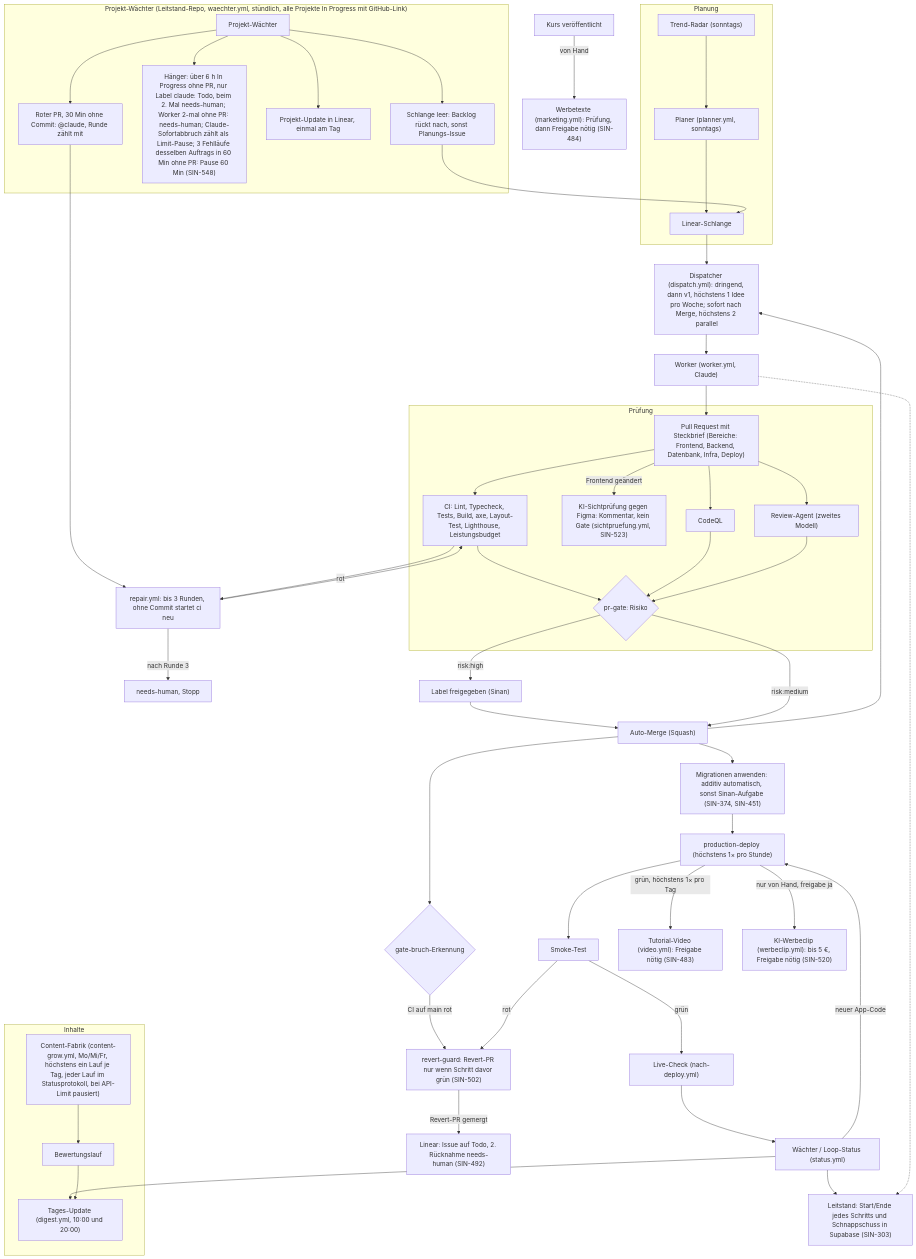
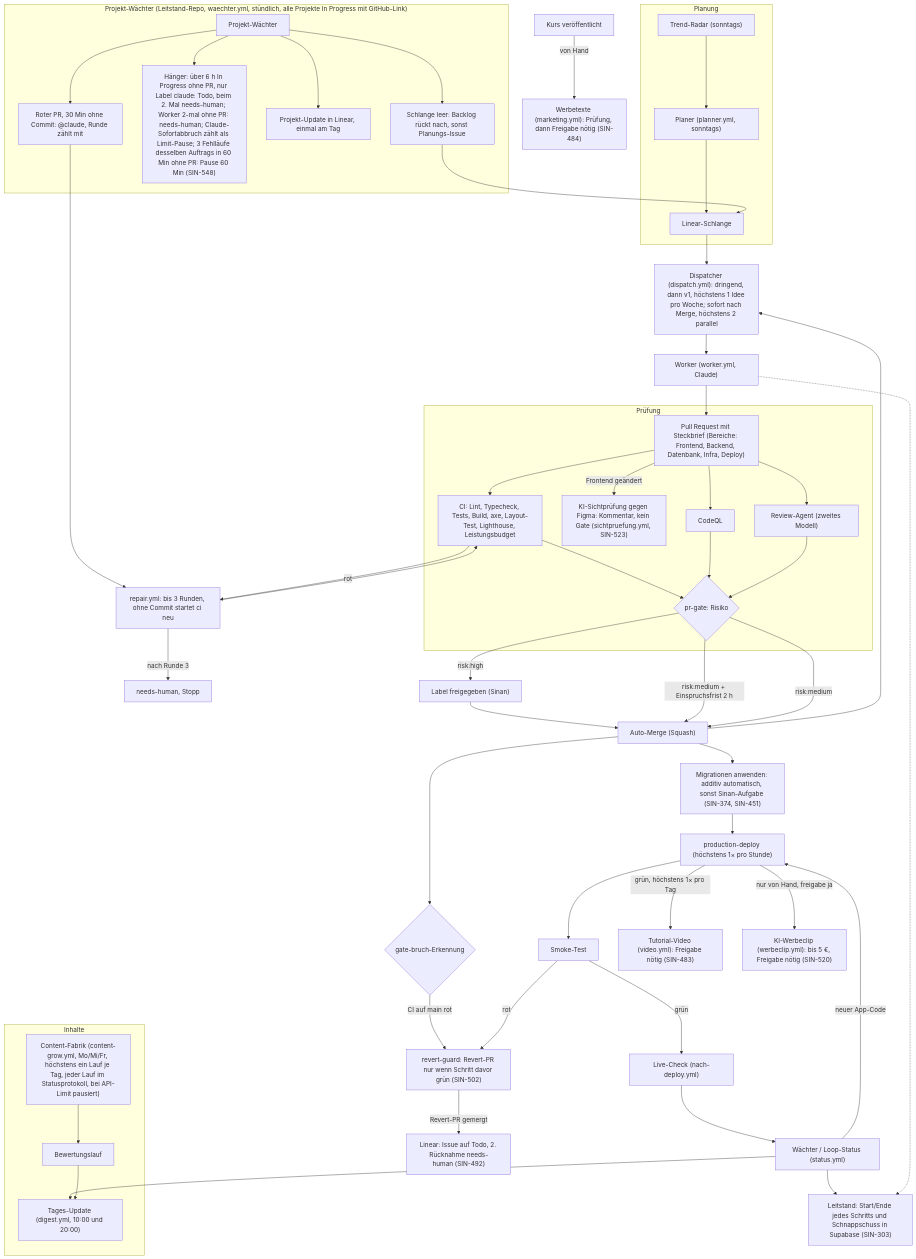
The diagram in docs/diagramme/pipeline.mmd (siinanXD/Content-Agent-Lernapp), drawn with Mermaid before and after one commit. The commit also changed 9 other files, not shown here.

Commit message:
feat(gate): Freigaben halbieren, Einspruchsfrist 2 h statt risk:high (SIN-547) (#336)

```diff
--- a/docs/diagramme/pipeline.mmd
+++ b/docs/diagramme/pipeline.mmd
@@ -1,54 +1,55 @@
 %% Pipeline-Ablauf des Loops, Stand main 09.10. (SIN-376). Quelle für das FigJam-Board „Pipeline-Ablauf“.
 %% Ändern sich .github/workflows/ oder scripts/autonomy/, diese Datei im selben PR anpassen.
 flowchart TD
   subgraph Planung
     Radar["Trend-Radar (sonntags)"] --> Planer
     Planer["Planer (planner.yml, sonntags)"] --> Schlange["Linear-Schlange"]
   end
   Schlange --> Dispatcher["Dispatcher (dispatch.yml): dringend, dann v1, höchstens 1 Idee pro Woche; sofort nach Merge, höchstens 2 parallel"]
   Dispatcher --> Worker["Worker (worker.yml, Claude)"]
   Worker --> PR["Pull Request mit Steckbrief (Bereiche: Frontend, Backend, Datenbank, Infra, Deploy)"]
   subgraph Prüfung
     PR --> CI["CI: Lint, Typecheck, Tests, Build, axe, Layout-Test, Lighthouse, Leistungsbudget"]
     PR -- "Frontend geändert" --> Sicht["KI-Sichtprüfung gegen Figma: Kommentar, kein Gate (sichtpruefung.yml, SIN-523)"]
     PR --> CodeQL["CodeQL"]
     PR --> Review["Review-Agent (zweites Modell)"]
     CI --> Gate{"pr-gate: Risiko"}
     CodeQL --> Gate
     Review --> Gate
   end
   CI -- rot --> Repair["repair.yml: bis 3 Runden, ohne Commit startet ci neu"]
   Repair --> CI
   Repair -- "nach Runde 3" --> Mensch["needs-human, Stopp"]
   Gate -- "risk:high" --> Freigabe["Label freigegeben (Sinan)"]
   Freigabe --> Merge
+  Gate -- "risk:medium + Einspruchsfrist 2 h" --> Merge
   Gate -- "risk:medium" --> Merge["Auto-Merge (Squash)"]
   Merge --> Dispatcher
   Merge --> Migr["Migrationen anwenden: additiv automatisch, sonst Sinan-Aufgabe (SIN-374, SIN-451)"]
   Merge --> Bruch{"gate-bruch-Erkennung"}
   Bruch -- "CI auf main rot" --> Revert["revert-guard: Revert-PR nur wenn Schritt davor grün (SIN-502)"]
   Revert -- "Revert-PR gemergt" --> LinearTodo["Linear: Issue auf Todo, 2. Rücknahme needs-human (SIN-492)"]
   Migr --> Deploy["production-deploy (höchstens 1× pro Stunde)"]
   Deploy --> Smoke["Smoke-Test"]
   Smoke -- rot --> Revert
   Smoke -- grün --> Live["Live-Check (nach-deploy.yml)"]
   Deploy -- "grün, höchstens 1× pro Tag" --> Video["Tutorial-Video (video.yml): Freigabe nötig (SIN-483)"]
   Deploy -- "nur von Hand, freigabe ja" --> Werbeclip["KI-Werbeclip (werbeclip.yml): bis 5 €, Freigabe nötig (SIN-520)"]
   Kurs["Kurs veröffentlicht"] -- "von Hand" --> Marketing["Werbetexte (marketing.yml): Prüfung, dann Freigabe nötig (SIN-484)"]
   Live --> Waechter["Wächter / Loop-Status (status.yml)"]
   Waechter -- "neuer App-Code" --> Deploy
   Waechter --> Update["Tages-Update (digest.yml, 10:00 und 20:00)"]
   Waechter --> Leitstand["Leitstand: Start/Ende jedes Schritts und Schnappschuss in Supabase (SIN-303)"]
   Worker -.-> Leitstand
   subgraph Projektwaechter["Projekt-Wächter (Leitstand-Repo, waechter.yml, stündlich, alle Projekte In Progress mit GitHub-Link)"]
     PW["Projekt-Wächter"] --> PWS["Schlange leer: Backlog rückt nach, sonst Planungs-Issue"]
     PW --> PWH["Hänger: über 6 h In Progress ohne PR, nur Label claude: Todo, beim 2. Mal needs-human; Worker 2-mal ohne PR: needs-human; Claude-Sofortabbruch zählt als Limit-Pause; 3 Fehlläufe desselben Auftrags in 60 Min ohne PR: Pause 60 Min (SIN-548)"]
     PW --> PWU["Projekt-Update in Linear, einmal am Tag"]
     PW --> PWR["Roter PR, 30 Min ohne Commit: @claude, Runde zählt mit"]
   end
   PWS --> Schlange
   PWR --> Repair
   subgraph Inhalte
     Fabrik["Content-Fabrik (content-grow.yml, Mo/Mi/Fr, höchstens ein Lauf je Tag, jeder Lauf im Statusprotokoll, bei API-Limit pausiert)"] --> Bewertung["Bewertungslauf"]
     Bewertung --> Update
   end
```
